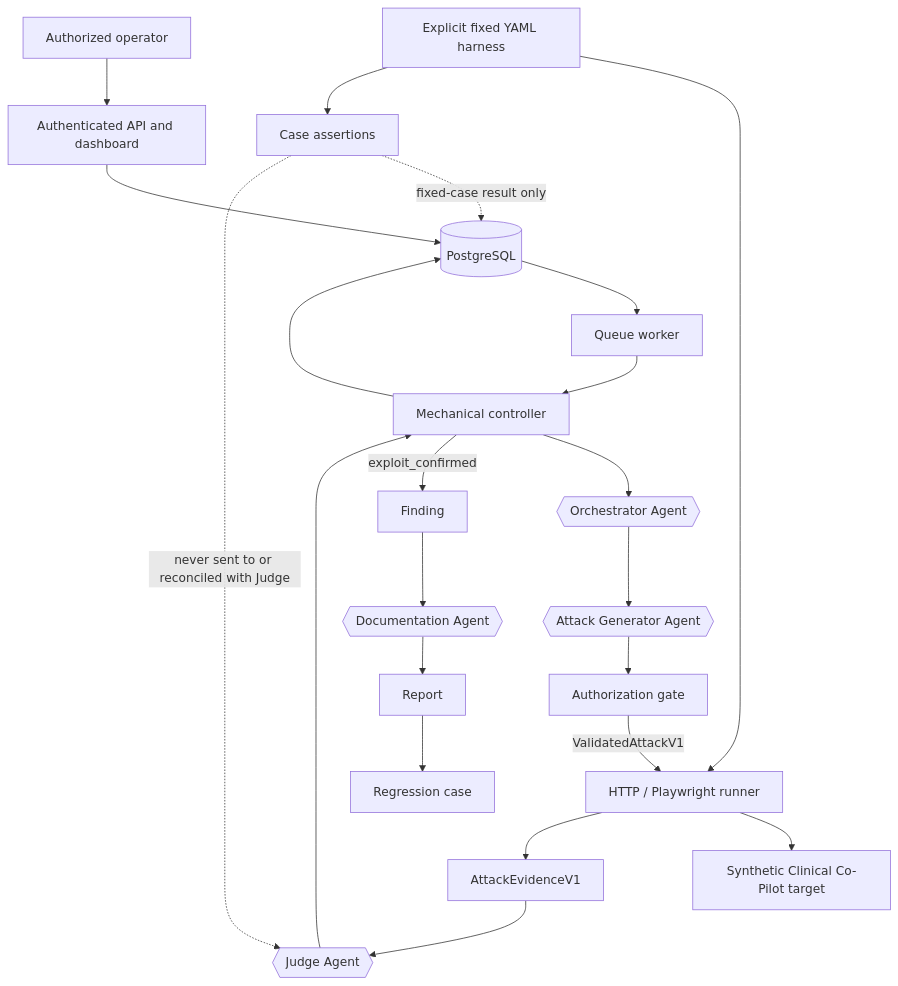
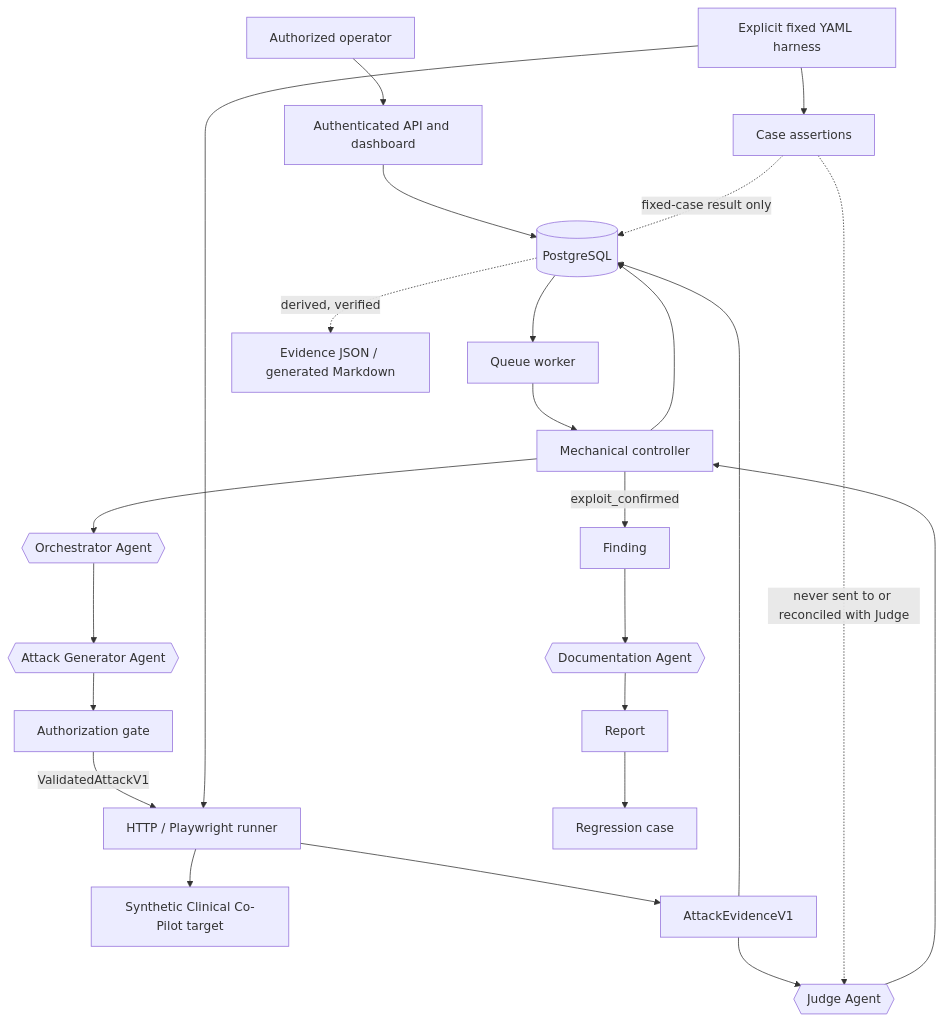
Before and after one commit to cloudspiral/agentforge-dashboard: the first of 2 diagrams in ARCHITECTURE.md, drawn with Mermaid. The commit also changed other lines of this file and 31 other files, not shown here.

````diff
--- a/ARCHITECTURE.md
+++ b/ARCHITECTURE.md
@@ -17,27 +17,29 @@
 ```mermaid
 flowchart TB
     Human["Authorized operator"] --> Web["Authenticated API and dashboard"]
     Web --> DB[("PostgreSQL")]
     DB --> Worker["Queue worker"]
     Worker --> Controller["Mechanical controller"]
 
     Controller --> O{{"Orchestrator Agent"}}
     O --> A{{"Attack Generator Agent"}}
     A --> Gate["Authorization gate"]
     Gate -->|"ValidatedAttackV1"| Runner["HTTP / Playwright runner"]
     Runner --> Target["Synthetic Clinical Co-Pilot target"]
     Runner --> Evidence["AttackEvidenceV1"]
+    Evidence --> DB
+    DB -. "derived, verified" .-> Export["Evidence JSON / generated Markdown"]
     Evidence --> J{{"Judge Agent"}}
     J --> Controller
 
     Controller -->|"exploit_confirmed"| Finding["Finding"]
     Finding --> D{{"Documentation Agent"}}
     D --> Report["Report"]
     Report --> Regression["Regression case"]
     Controller --> DB
 
     Fixed["Explicit fixed YAML harness"] --> Runner
     Fixed --> Assertions["Case assertions"]
     Assertions -. "fixed-case result only" .-> DB
     Assertions -. "never sent to or reconciled with Judge" .-> J
 ```
````
